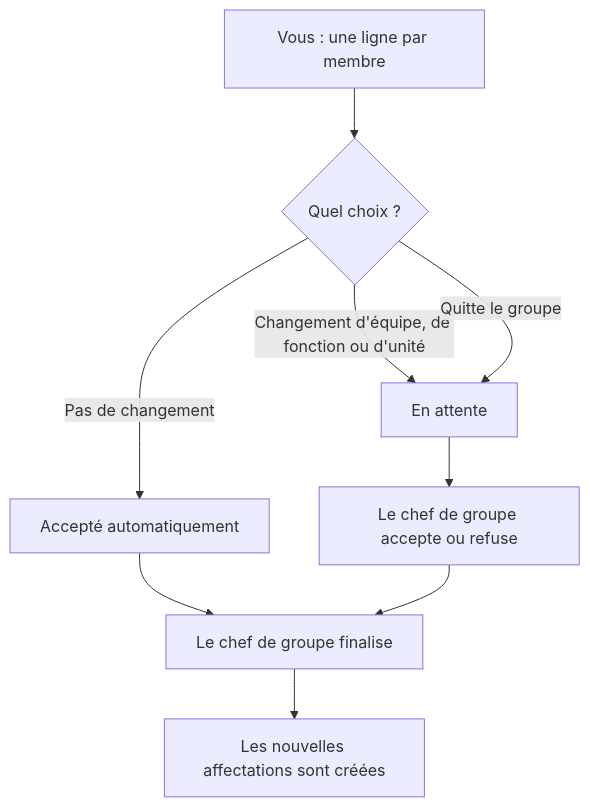
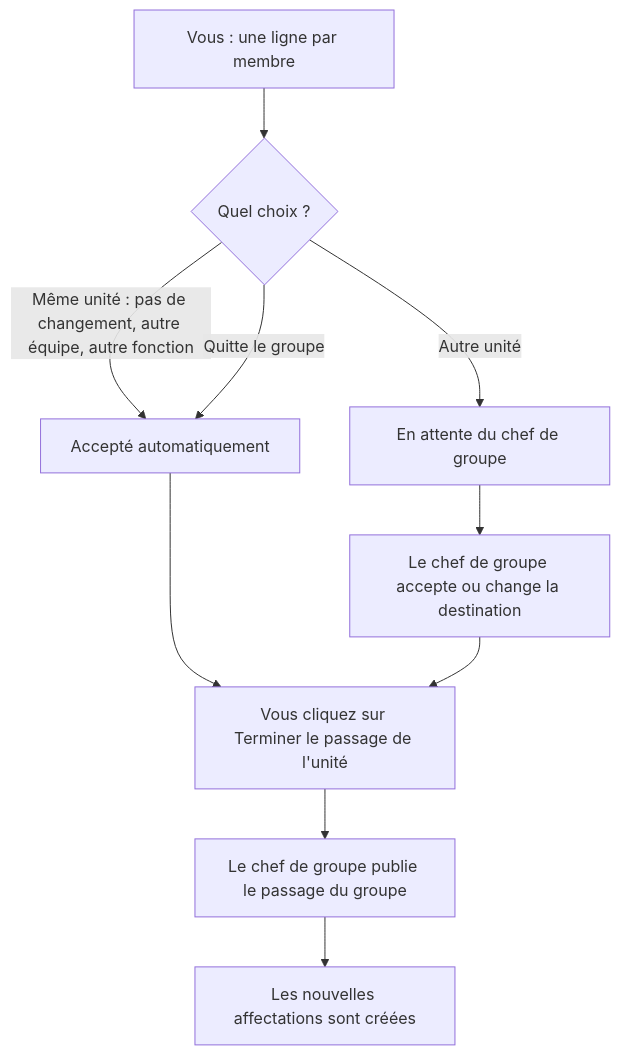
One commit to samerc/GNDJ_Gestion_Groupe changed the third of 4 diagrams in docs/help/guide-chef-unite.md. Above: the diagram before and after it, drawn with Mermaid. The commit also changed other lines of this file and 27 other files, not shown here.

````diff
--- a/docs/help/guide-chef-unite.md
+++ b/docs/help/guide-chef-unite.md
@@ -256,11 +257,12 @@
 ```mermaid
 flowchart TD
     A[Vous : une ligne par membre] --> B{Quel choix ?}
-    B -->|Pas de changement| C[Accepté automatiquement]
-    B -->|Changement d'équipe, de fonction ou d'unité| D[En attente]
-    B -->|Quitte le groupe| D
-    D --> E[Le chef de groupe accepte ou refuse]
-    C --> F[Le chef de groupe finalise]
-    E --> F
+    B -->|Même unité : pas de changement, autre équipe, autre fonction| C[Accepté automatiquement]
+    B -->|Quitte le groupe| C
+    B -->|Autre unité| D[En attente du chef de groupe]
+    D --> E[Le chef de groupe accepte ou change la destination]
+    C --> T[Vous cliquez sur Terminer le passage de l'unité]
+    E --> T
+    T --> F[Le chef de groupe publie le passage du groupe]
     F --> G[Les nouvelles affectations sont créées]
 ```
````
